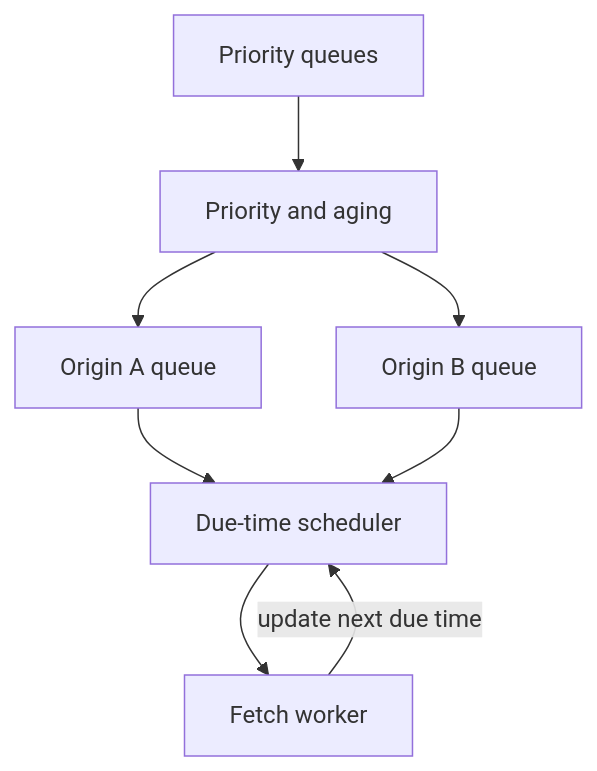
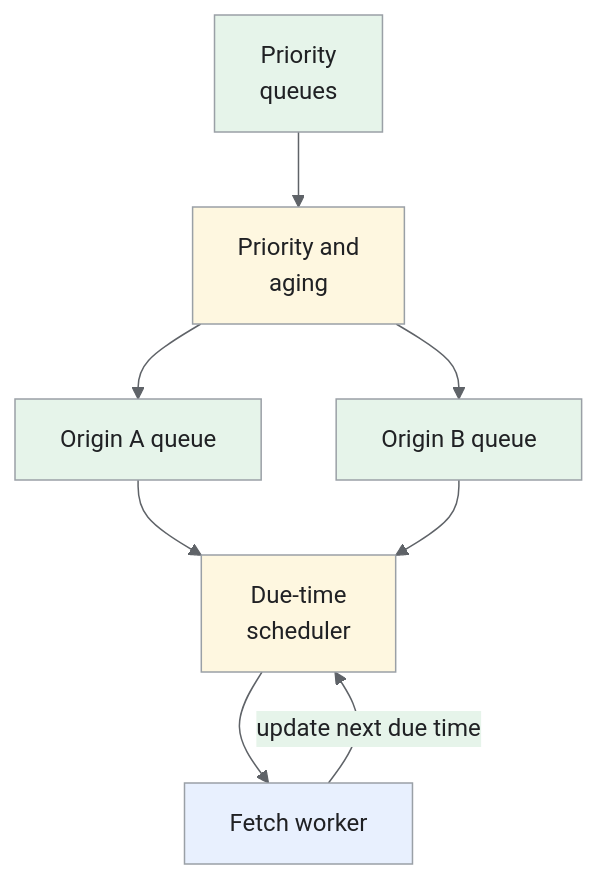
One commit to iliazlobin/iliazlobin.github.io changed the fourth of 6 diagrams in _designs/system-design-web-crawler.md. Above: the diagram before and after it, drawn with Mermaid. The commit also changed other lines of this file and 131 other files, not shown here.

````diff
--- a/_designs/system-design-web-crawler.md
+++ b/_designs/system-design-web-crawler.md
@@ -195,10 +282,18 @@
 ```mermaid
+%%{init: {"theme":"base","themeVariables":{"primaryColor":"#e8f0fe","primaryBorderColor":"#9aa0a6","primaryTextColor":"#202124","secondaryColor":"#e6f4ea","tertiaryColor":"#fef7e0","lineColor":"#5f6368","actorBkg":"#e8f0fe","actorBorder":"#9aa0a6","actorTextColor":"#202124","noteBkgColor":"#fef7e0","noteBorderColor":"#9aa0a6","noteTextColor":"#202124","signalColor":"#5f6368","signalTextColor":"#202124"}}}%%
 flowchart TB
-  P["Priority queues"] --> S["Priority and aging"]
+  P["Priority<br>queues"] --> S["Priority and<br>aging"]
   S --> A["Origin A queue"]
   S --> B["Origin B queue"]
-  A --> H["Due-time scheduler"]
+  A --> H["Due-time<br>scheduler"]
   B --> H
   H --> W["Fetch worker"]
   W -->|update next due time| H
+classDef request fill:#e8f0fe,stroke:#9aa0a6,color:#202124;
+classDef data fill:#e6f4ea,stroke:#9aa0a6,color:#202124;
+classDef control fill:#fef7e0,stroke:#9aa0a6,color:#202124;
+class W request;
+class P,A,B data;
+class S,H control;
+
 ```
````
